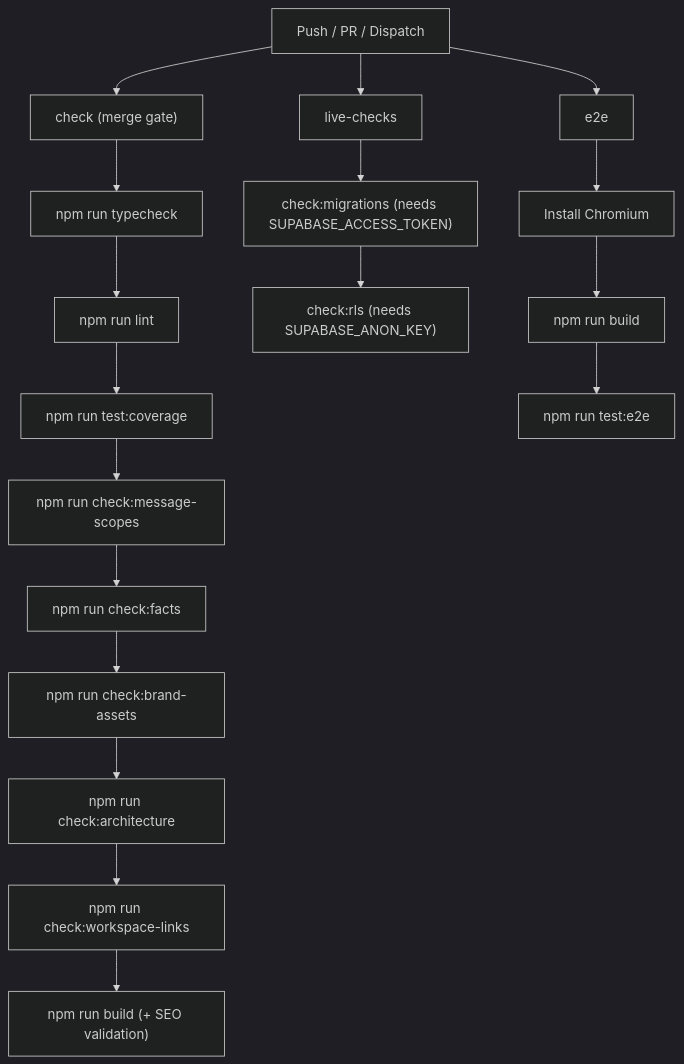
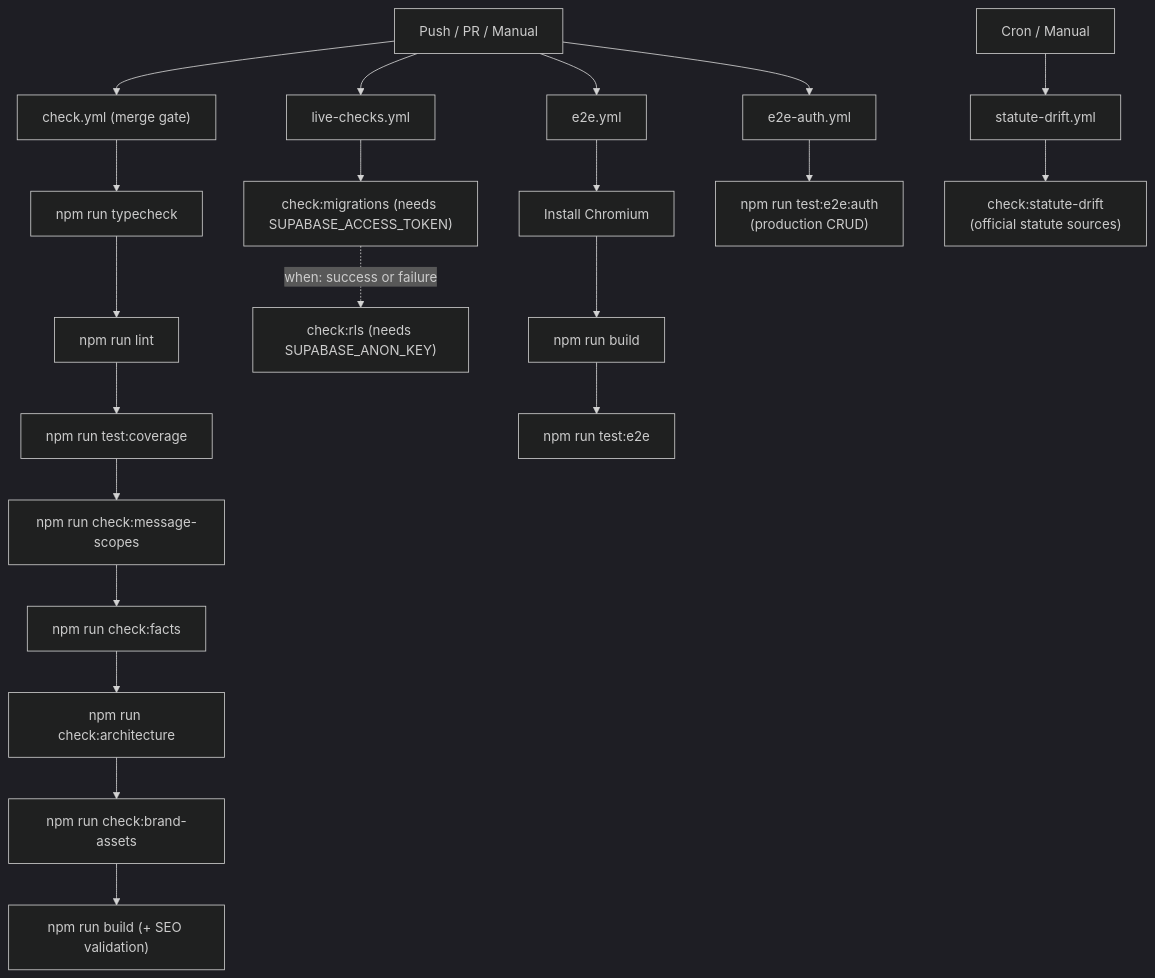
The fifth of 5 diagrams in docs/wiki/Getting-Started-Environment-Setup.md (Dutiva-Canada/Dutiva_Web), drawn with Mermaid (dark theme) before and after one commit. The commit also changed other lines of this file and 590 other files, not shown here.

````diff
--- a/docs/wiki/Getting-Started-Environment-Setup.md
+++ b/docs/wiki/Getting-Started-Environment-Setup.md
@@ -475,24 +479,29 @@
 ```mermaid
 flowchart TD
-    PR["Push / PR / Dispatch"]
-    PR --> Check["check (merge gate)"]
-    PR --> Live["live-checks"]
-    PR --> E2E["e2e"]
+    PR["Push / PR / Manual"]
+    PR --> Check["check.yml (merge gate)"]
+    PR --> Live["live-checks.yml"]
+    PR --> E2E["e2e.yml"]
+    PR --> E2EA["e2e-auth.yml"]
+    Cron["Cron / Manual"] --> SD["statute-drift.yml"]
 
     Check --> TC["npm run typecheck"]
     TC --> Lint["npm run lint"]
     Lint --> Test["npm run test:coverage"]
     Test --> Scopes["npm run check:message-scopes"]
     Scopes --> Facts["npm run check:facts"]
-    Facts --> Brand["npm run check:brand-assets"]
-    Brand --> Arch["npm run check:architecture"]
-    Arch --> Links["npm run check:workspace-links"]
-    Links --> Build["npm run build (+ SEO validation)"]
+    Facts --> Arch["npm run check:architecture"]
+    Arch --> Brand["npm run check:brand-assets"]
+    Brand --> Build["npm run build (+ SEO validation)"]
 
     Live --> Drift["check:migrations (needs SUPABASE_ACCESS_TOKEN)"]
-    Drift --> RLS["check:rls (needs SUPABASE_ANON_KEY)"]
+    Drift -.->|"when: success or failure"| RLS["check:rls (needs SUPABASE_ANON_KEY)"]
 
     E2E --> InstallBrowser["Install Chromium"]
     InstallBrowser --> BuildE2E["npm run build"]
     BuildE2E --> Playwright["npm run test:e2e"]
+
+    E2EA --> AuthCRUD["npm run test:e2e:auth\n(production CRUD)"]
+
+    SD --> Statutes["check:statute-drift\n(official statute sources)"]
 ```
````
